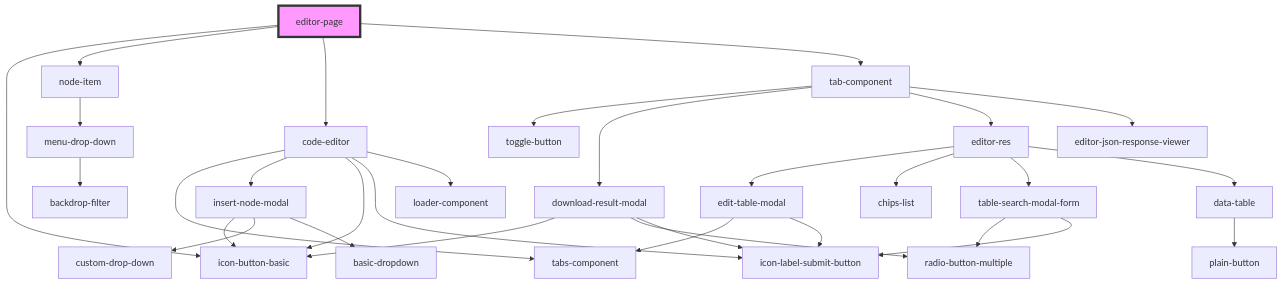
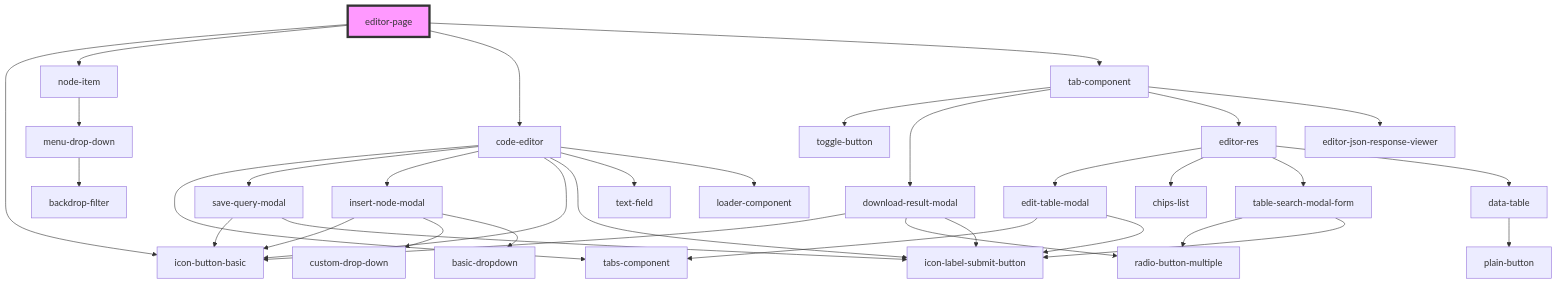
Before and after one commit to techvariable/NeptuneConnectComponents: the diagram in src/components/editorPage/editor-page/readme.md, drawn with Mermaid. The commit also changed 14 other files, not shown here.

Commit message:
query save feature completed

````diff
--- a/src/components/editorPage/editor-page/readme.md
+++ b/src/components/editorPage/editor-page/readme.md
@@ -25,34 +25,38 @@
 ```mermaid
 graph TD;
   editor-page --> icon-button-basic
   editor-page --> node-item
   editor-page --> code-editor
   editor-page --> tab-component
   node-item --> menu-drop-down
   menu-drop-down --> backdrop-filter
   code-editor --> tabs-component
+  code-editor --> save-query-modal
   code-editor --> insert-node-modal
   code-editor --> icon-button-basic
   code-editor --> icon-label-submit-button
+  code-editor --> text-field
   code-editor --> loader-component
+  save-query-modal --> icon-button-basic
+  save-query-modal --> icon-label-submit-button
   insert-node-modal --> icon-button-basic
   insert-node-modal --> custom-drop-down
   insert-node-modal --> basic-dropdown
   tab-component --> toggle-button
   tab-component --> download-result-modal
   tab-component --> editor-res
   tab-component --> editor-json-response-viewer
   download-result-modal --> icon-button-basic
   download-result-modal --> radio-button-multiple
   download-result-modal --> icon-label-submit-button
   editor-res --> edit-table-modal
   editor-res --> chips-list
   editor-res --> table-search-modal-form
   editor-res --> data-table
   edit-table-modal --> tabs-component
   edit-table-modal --> icon-label-submit-button
   table-search-modal-form --> radio-button-multiple
   table-search-modal-form --> icon-label-submit-button
   data-table --> plain-button
   style editor-page fill:#f9f,stroke:#333,stroke-width:4px
 ```
````
